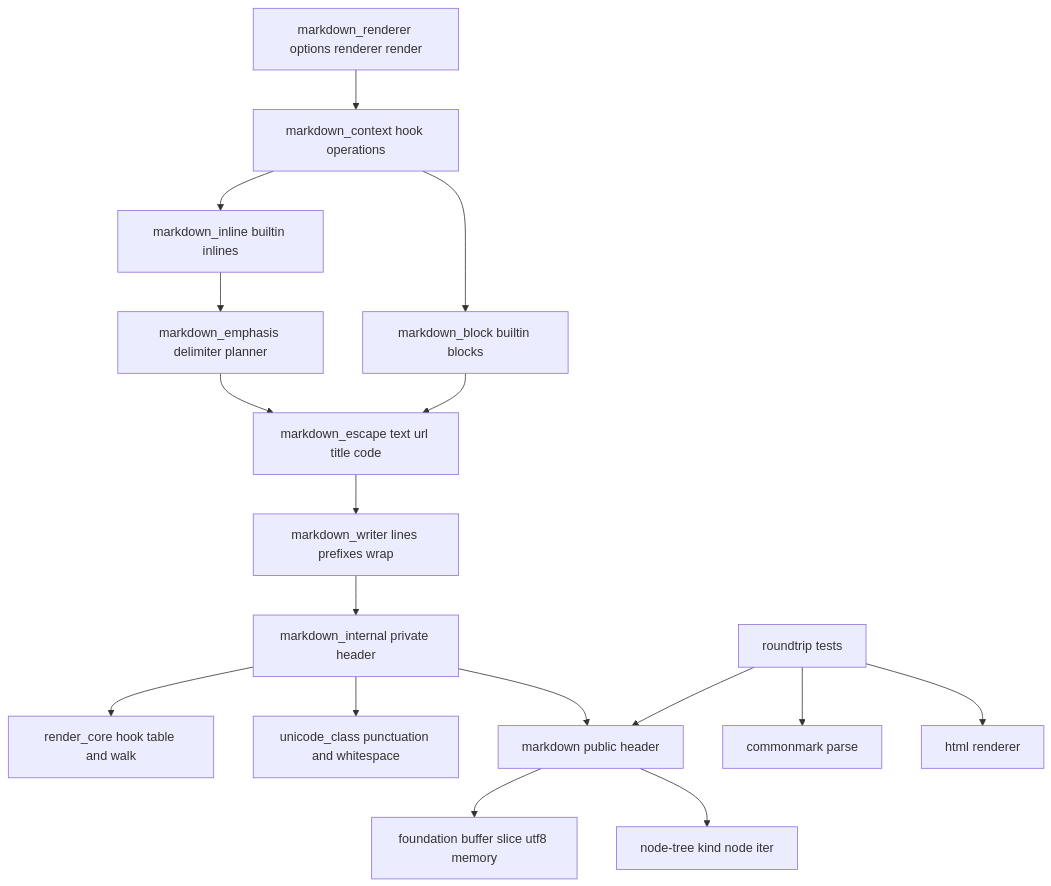
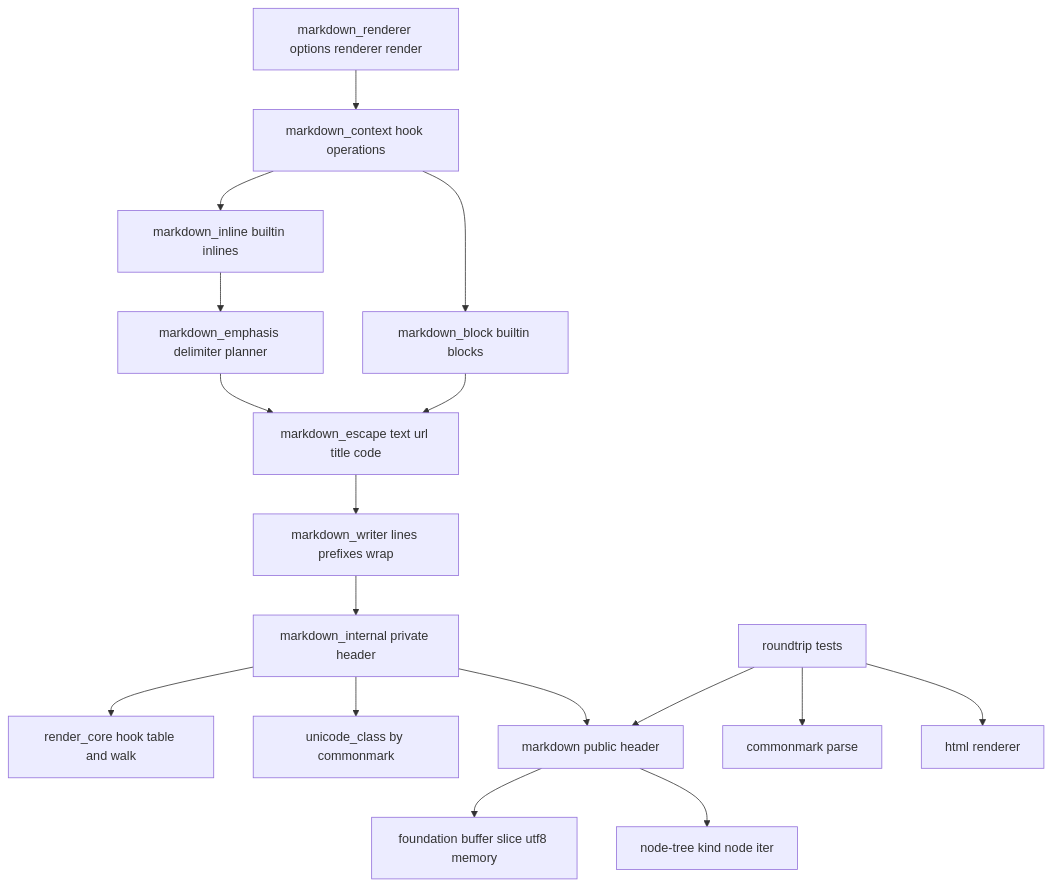
One commit to ktdevx/amark-private3 changed the first of 3 diagrams in .kiro/specs/markdown-renderer/design.md. Above: the diagram before and after it, drawn with Mermaid. The commit also changed other lines of this file and 28 other files, not shown here.

````diff
--- a/.kiro/specs/markdown-renderer/design.md
+++ b/.kiro/specs/markdown-renderer/design.md
@@ -62,32 +62,32 @@
 ```mermaid
 graph TB
     Foundation[foundation buffer slice utf8 memory]
     NodeTree[node-tree kind node iter]
     RenderCore[render_core hook table and walk]
-    UnicodeClass[unicode_class punctuation and whitespace]
+    UnicodeClass[unicode_class by commonmark]
     Header[markdown public header]
     Internal[markdown_internal private header]
     Writer[markdown_writer lines prefixes wrap]
     Escape[markdown_escape text url title code]
     Emphasis[markdown_emphasis delimiter planner]
     Block[markdown_block builtin blocks]
     Inline[markdown_inline builtin inlines]
     Context[markdown_context hook operations]
     Renderer[markdown_renderer options renderer render]
     Header --> Foundation
     Header --> NodeTree
     Internal --> Header
     Internal --> RenderCore
     Internal --> UnicodeClass
     Writer --> Internal
     Escape --> Writer
     Emphasis --> Escape
     Block --> Escape
     Inline --> Emphasis
     Context --> Block
     Context --> Inline
     Renderer --> Context
     RoundTrip[roundtrip tests] --> Header
     RoundTrip --> Commonmark[commonmark parse]
     RoundTrip --> Html[html renderer]
 ```
````
